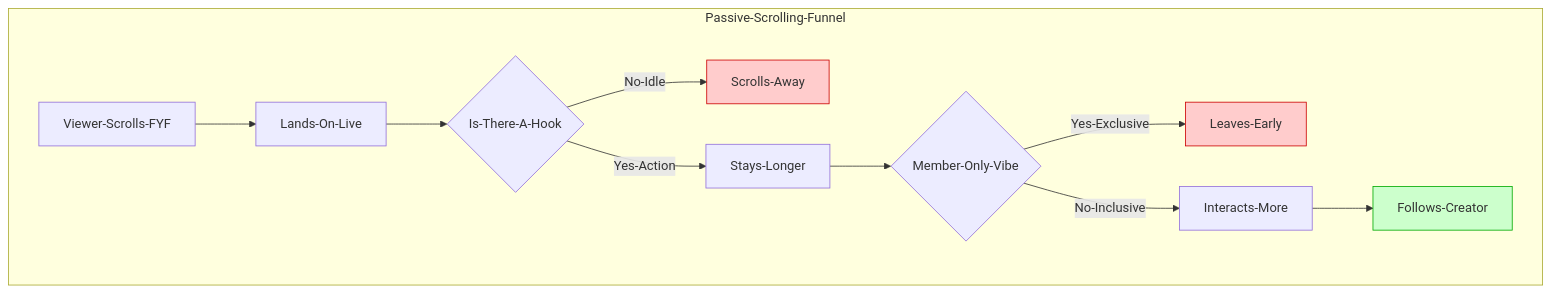
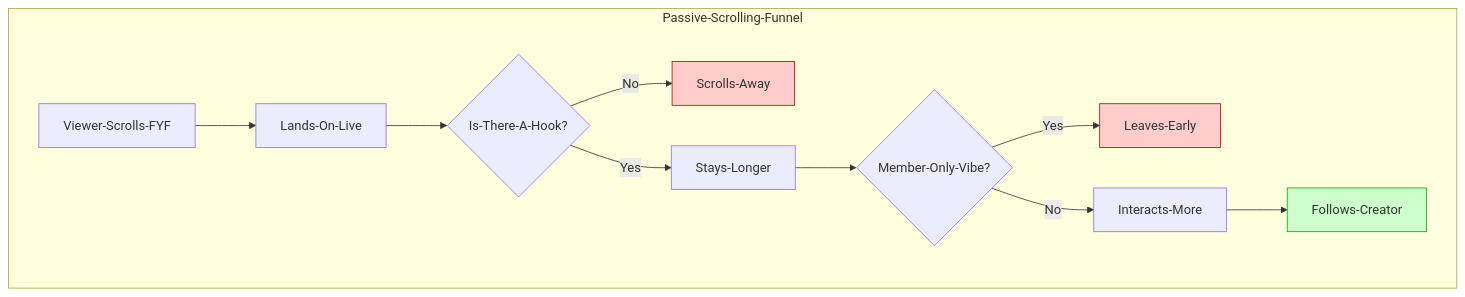
One commit to littl3-boat/ttwise changed the diagram in data/blog/tiktok-live-viewer-conversion-reality-2026.mdx. Above: the diagram before and after it, drawn with Mermaid. The commit also changed 35 other files, not shown here.

First line of the commit message:
feat: fix Mermaid diagram syntax across blog posts and add new Reddit-sourced blog entries

````diff
--- a/data/blog/tiktok-live-viewer-conversion-reality-2026.mdx
+++ b/data/blog/tiktok-live-viewer-conversion-reality-2026.mdx
@@ -25,20 +25,20 @@
 ```mermaid
 flowchart TD
     subgraph Passive-Scrolling-Funnel
         A[Viewer-Scrolls-FYF] --> B[Lands-On-Live]
-        B --> C{Is-There-A-Hook}
+        B --> C{Is-There-A-Hook?}
         
-        C -- No-Idle --> D[Scrolls-Away]
-        C -- Yes-Action --> E[Stays-Longer]
+        C -- No --> D[Scrolls-Away]
+        C -- Yes --> E[Stays-Longer]
         
-        E --> F{Member-Only-Vibe}
-        F -- Yes-Exclusive --> G[Leaves-Early]
-        F -- No-Inclusive --> H[Interacts-More]
+        E --> F{Member-Only-Vibe?}
+        F -- Yes --> G[Leaves-Early]
+        F -- No --> H[Interacts-More]
         
         H --> I[Follows-Creator]
     end
     
     style D fill:#ffcccc,stroke:#cc0000
     style G fill:#ffcccc,stroke:#cc0000
     style I fill:#ccffcc,stroke:#00aa00
 ```
````
